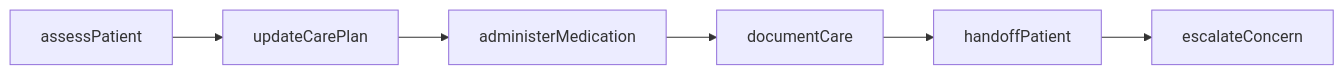
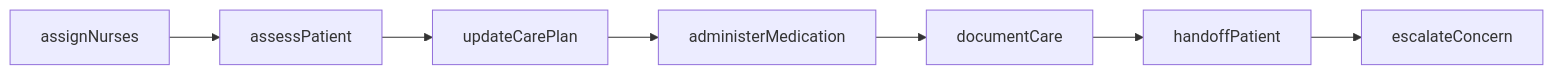
One commit to dot-org-ai/departments.org.ai changed the first of 2 diagrams in ClinicalOperations/Nursing.mdx. Above: the diagram before and after it, drawn with Mermaid. The commit also changed 66 other files, not shown here.

````diff
--- a/ClinicalOperations/Nursing.mdx
+++ b/ClinicalOperations/Nursing.mdx
@@ -87,8 +87,9 @@
 ```mermaid
 graph LR
+  assignNurses --> assessPatient
   assessPatient --> updateCarePlan
   updateCarePlan --> administerMedication
   administerMedication --> documentCare
   documentCare --> handoffPatient
   handoffPatient --> escalateConcern
 ```
````
